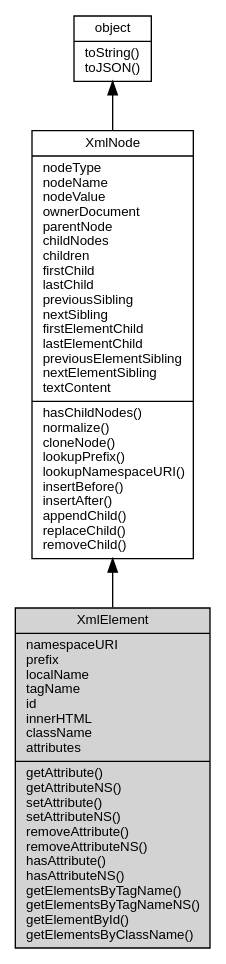
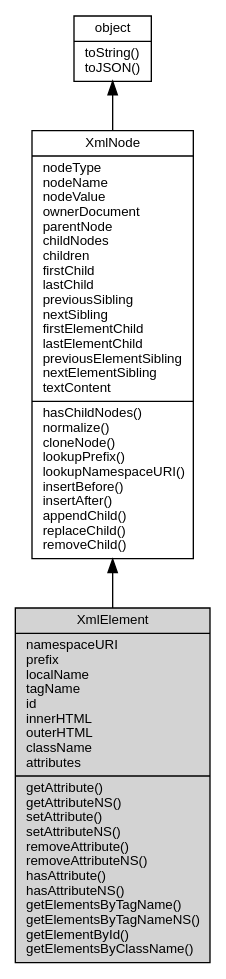
Before and after one commit to fibjs/fibjs.org: the diagram in docs/manual/object/ifs/XmlElement.md, drawn with Graphviz. The commit also changed other lines of this file and 13 other files, not shown here.

````diff
--- a/docs/manual/object/ifs/XmlElement.md
+++ b/docs/manual/object/ifs/XmlElement.md
@@ -5,12 +5,12 @@
 ```dot
 digraph {
     node [fontname="Helvetica,sans-Serif", fontsize=10, shape="record", style="filled", fillcolor="white"];
 
     object [tooltip="object", URL="object.md", label="{object|toString()\ltoJSON()\l}"];
     XmlNode [tooltip="XmlNode", URL="XmlNode.md", label="{XmlNode|nodeType\lnodeName\lnodeValue\lownerDocument\lparentNode\lchildNodes\lchildren\lfirstChild\llastChild\lpreviousSibling\lnextSibling\lfirstElementChild\llastElementChild\lpreviousElementSibling\lnextElementSibling\ltextContent\l|hasChildNodes()\lnormalize()\lcloneNode()\llookupPrefix()\llookupNamespaceURI()\linsertBefore()\linsertAfter()\lappendChild()\lreplaceChild()\lremoveChild()\l}"];
-    XmlElement [tooltip="XmlElement", fillcolor="lightgray", id="me", label="{XmlElement|namespaceURI\lprefix\llocalName\ltagName\lid\linnerHTML\lclassName\lattributes\l|getAttribute()\lgetAttributeNS()\lsetAttribute()\lsetAttributeNS()\lremoveAttribute()\lremoveAttributeNS()\lhasAttribute()\lhasAttributeNS()\lgetElementsByTagName()\lgetElementsByTagNameNS()\lgetElementById()\lgetElementsByClassName()\l}"];
+    XmlElement [tooltip="XmlElement", fillcolor="lightgray", id="me", label="{XmlElement|namespaceURI\lprefix\llocalName\ltagName\lid\linnerHTML\louterHTML\lclassName\lattributes\l|getAttribute()\lgetAttributeNS()\lsetAttribute()\lsetAttributeNS()\lremoveAttribute()\lremoveAttributeNS()\lhasAttribute()\lhasAttributeNS()\lgetElementsByTagName()\lgetElementsByTagNameNS()\lgetElementById()\lgetElementsByClassName()\l}"];
 
     object -> XmlNode [dir=back];
     XmlNode -> XmlElement [dir=back];
 }
 ```
````
